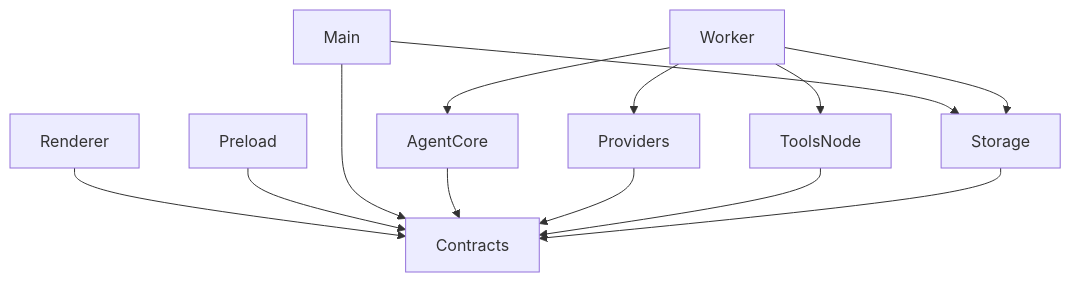
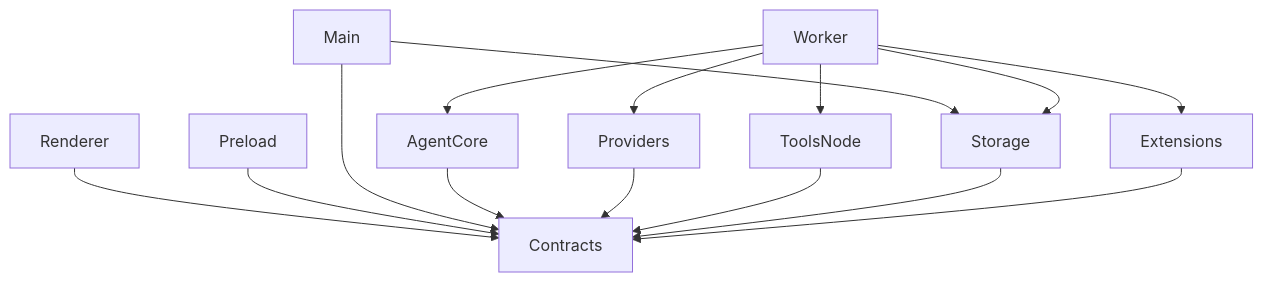
One commit to zxt6991-source/jojo-agent changed the first of 2 diagrams in ts-desktop-agent-mvp-roadmap.md. Above: the diagram before and after it, drawn with Mermaid. The commit also changed other lines of this file and 34 other files, not shown here.

````diff
--- a/ts-desktop-agent-mvp-roadmap.md
+++ b/ts-desktop-agent-mvp-roadmap.md
@@ -152,15 +154,17 @@
 ```mermaid
 flowchart TD
     Renderer --> Contracts
     Preload --> Contracts
     Main --> Contracts
     Main --> Storage
     Worker --> AgentCore
     Worker --> Providers
     Worker --> ToolsNode
     Worker --> Storage
+    Worker --> Extensions
     AgentCore --> Contracts
     Providers --> Contracts
     ToolsNode --> Contracts
     Storage --> Contracts
+    Extensions --> Contracts
 ```
````
